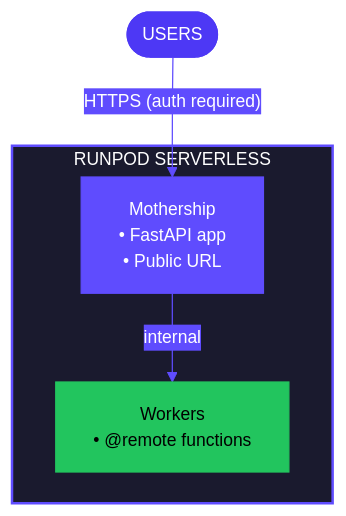
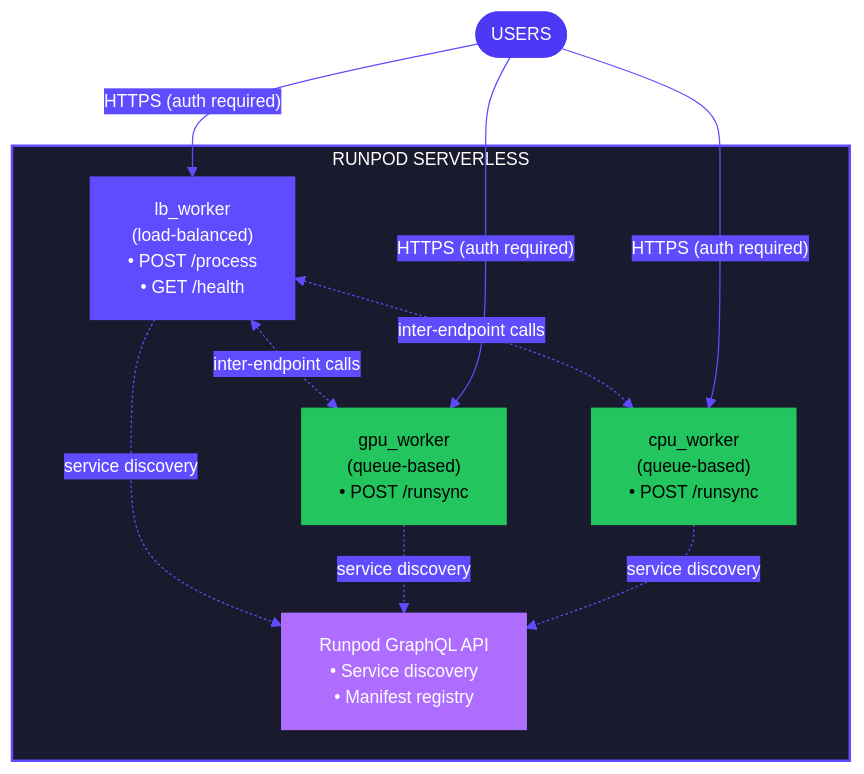
The third of 3 diagrams in flash/apps/overview.mdx (runpod/docs), drawn with Mermaid before and after one commit. The commit also changed other lines of this file and 28 other files, not shown here.

Commit message:
Update flash init/run/deploy architecture, add resource configuration section, add flash load balancing tutorial

````diff
--- a/flash/apps/overview.mdx
+++ b/flash/apps/overview.mdx
@@ -173,20 +179,31 @@
 ```mermaid
 %%{init: {'theme':'base', 'themeVariables': { 'primaryColor':'#9289FE','primaryTextColor':'#fff','primaryBorderColor':'#9289FE','lineColor':'#5F4CFE','secondaryColor':'#AE6DFF','tertiaryColor':'#FCB1FF','edgeLabelBackground':'#5F4CFE', 'fontSize':'14px','fontFamily':'font-inter'}}}%%
 
 flowchart TB
     Users(["USERS"])
+    StateManager["Runpod GraphQL API<br/>• Service discovery<br/>• Manifest registry"]
 
     subgraph Runpod ["RUNPOD SERVERLESS"]
-        Mothership["Mothership<br/>• FastAPI app<br/>• Public URL"]
-        Workers["Workers<br/>• @remote functions"]
+        LB["lb_worker<br/>(load-balanced)<br/>• POST /process<br/>• GET /health"]
+        GPU["gpu_worker<br/>(queue-based)<br/>• POST /runsync"]
+        CPU["cpu_worker<br/>(queue-based)<br/>• POST /runsync"]
 
-        Mothership -->|"internal"| Workers
+        LB <-.->|"inter-endpoint calls"| GPU
+        LB <-.->|"inter-endpoint calls"| CPU
+
+        LB -.->|"service discovery"| StateManager
+        GPU -.->|"service discovery"| StateManager
+        CPU -.->|"service discovery"| StateManager
     end
 
-    Users -->|"HTTPS (auth required)"| Mothership
+    Users -->|"HTTPS (auth required)"| LB
+    Users -->|"HTTPS (auth required)"| GPU
+    Users -->|"HTTPS (auth required)"| CPU
 
     style Runpod fill:#1a1a2e,stroke:#5F4CFE,stroke-width:2px,color:#fff
     style Users fill:#4D38F5,stroke:#4D38F5,color:#fff
-    style Mothership fill:#5F4CFE,stroke:#5F4CFE,color:#fff
-    style Workers fill:#22C55E,stroke:#22C55E,color:#000
+    style LB fill:#5F4CFE,stroke:#5F4CFE,color:#fff
+    style GPU fill:#22C55E,stroke:#22C55E,color:#000
+    style CPU fill:#22C55E,stroke:#22C55E,color:#000
+    style StateManager fill:#AE6DFF,stroke:#AE6DFF,color:#fff
 ```
````
